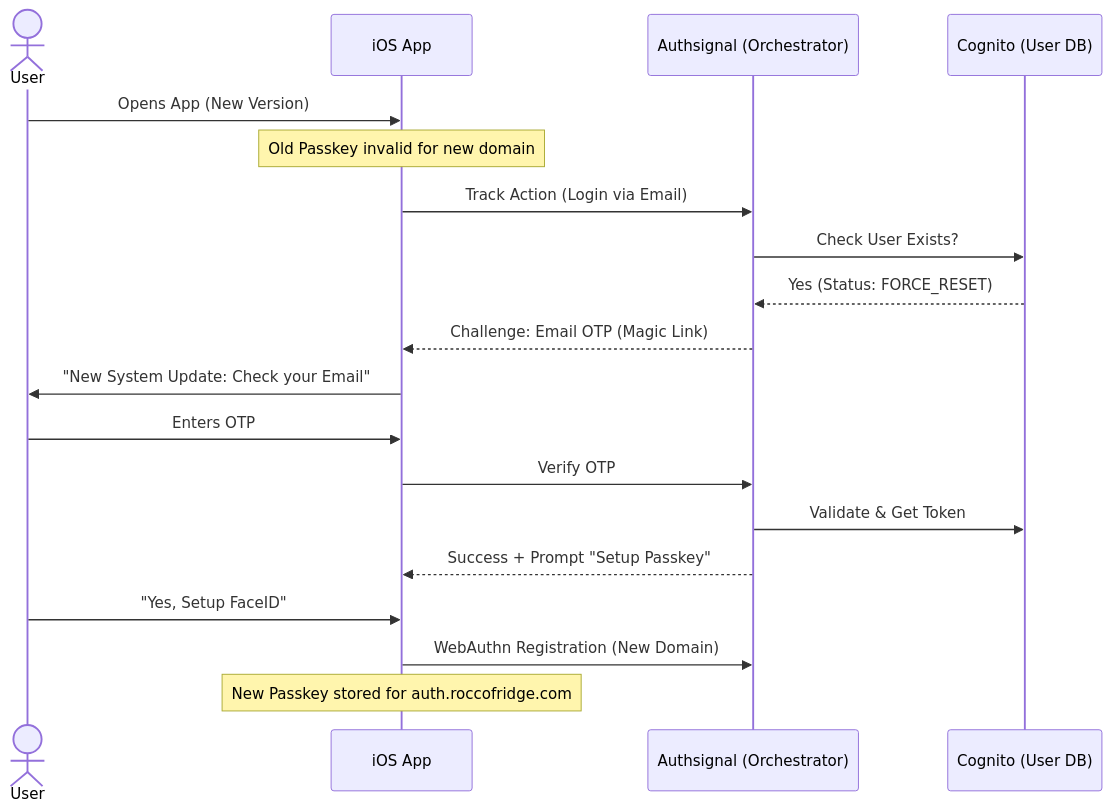
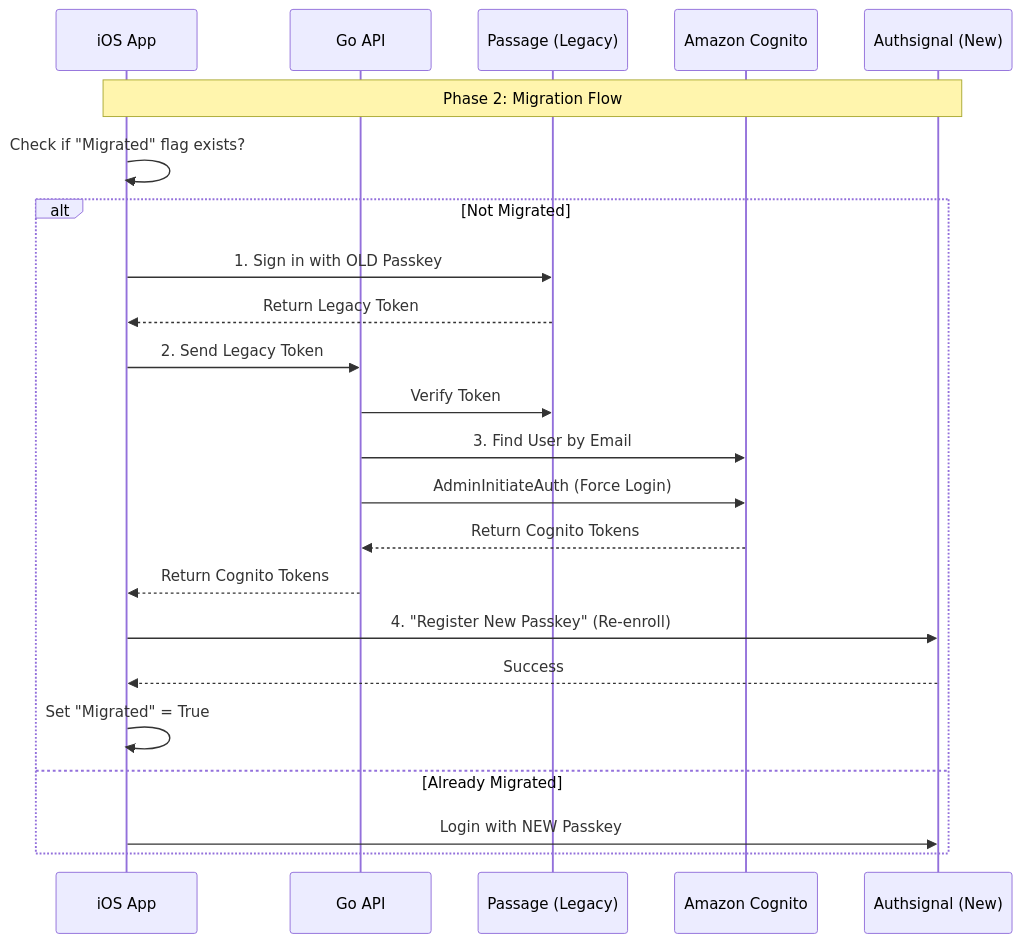
The diagram in migration_strategy_cognito.md (climax-dev-1/test-project), drawn with Mermaid before and after one commit. The commit also changed other lines of this file and 2 other files, not shown here.

Commit message:
docs: add migration strategies for cognito and auth0

````diff
--- a/migration_strategy_cognito.md
+++ b/migration_strategy_cognito.md
@@ -35,27 +48,26 @@
 ```mermaid
 sequenceDiagram
-    actor User
     participant App as iOS App
-    participant Authsignal as Authsignal (Orchestrator)
-    participant Cognito as Cognito (User DB)
+    participant Go as Go API
+    participant Pas as Passage (Legacy)
+    participant Cog as Amazon Cognito
+    participant AS as Authsignal (New)
 
-    User->>App: Opens App (New Version)
-    Note over App: Old Passkey invalid for new domain
-    
-    App->>Authsignal: Track Action (Login via Email)
-    Authsignal->>Cognito: Check User Exists?
-    Cognito-->>Authsignal: Yes (Status: FORCE_RESET)
-    
-    Authsignal-->>App: Challenge: Email OTP (Magic Link)
-    App->>User: "New System Update: Check your Email"
-    
-    User->>App: Enters OTP
-    App->>Authsignal: Verify OTP
-    Authsignal->>Cognito: Validate & Get Token
-    
-    Authsignal-->>App: Success + Prompt "Setup Passkey"
-    
-    User->>App: "Yes, Setup FaceID"
-    App->>Authsignal: WebAuthn Registration (New Domain)
-    Note over App: New Passkey stored for auth.roccofridge.com
+    Note over App, AS: Phase 2: Migration Flow
+    App->>App: Check if "Migrated" flag exists?
+    alt Not Migrated
+        App->>Pas: 1. Sign in with OLD Passkey
+        Pas-->>App: Return Legacy Token
+        App->>Go: 2. Send Legacy Token
+        Go->>Pas: Verify Token
+        Go->>Cog: 3. Find User by Email
+        Go->>Cog: AdminInitiateAuth (Force Login)
+        Cog-->>Go: Return Cognito Tokens
+        Go-->>App: Return Cognito Tokens
+        App->>AS: 4. "Register New Passkey" (Re-enroll)
+        AS-->>App: Success
+        App->>App: Set "Migrated" = True
+    else Already Migrated
+        App->>AS: Login with NEW Passkey
+    end
 ```
````
